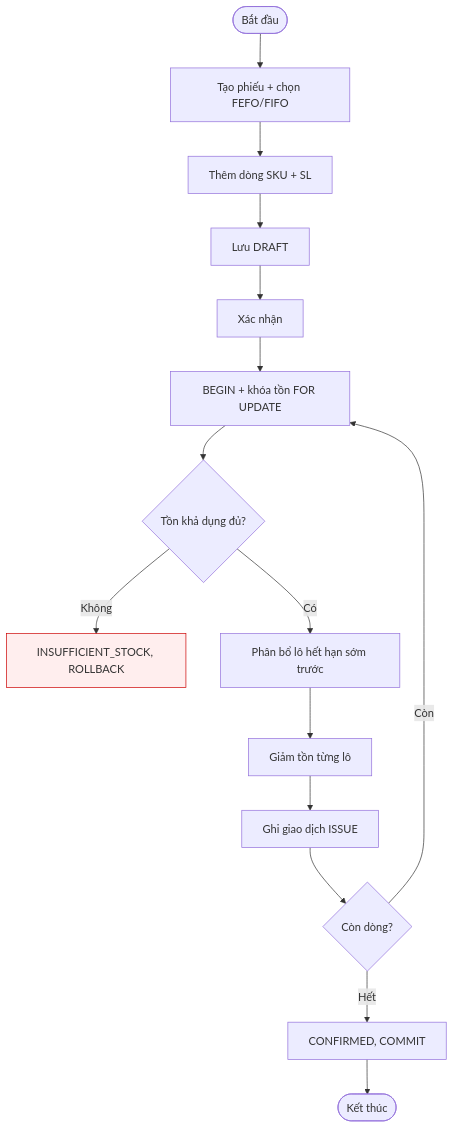
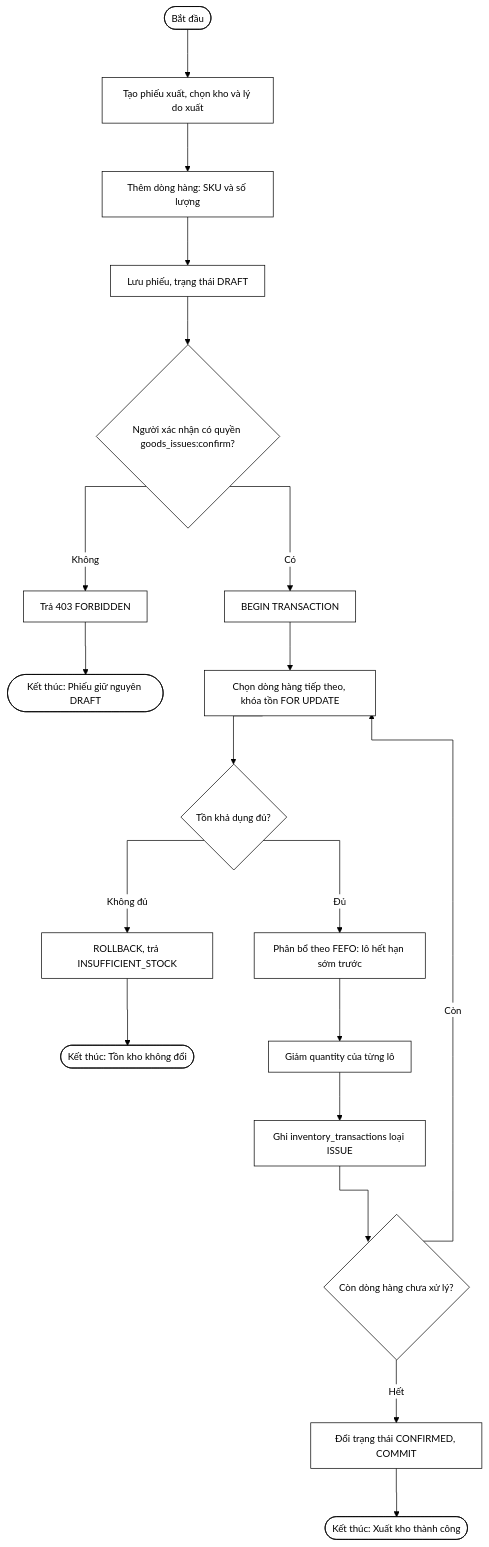
Before and after one commit to nguyenthihongnhu-dotcom/luanvan2026: the diagram in docs/diagrams/28_3-3-2_chuc-nang-xuat-kho-goods-issue_flow.mmd, drawn with Mermaid. The commit also changed 170 other files, not shown here.

```diff
--- a/docs/diagrams/28_3-3-2_chuc-nang-xuat-kho-goods-issue_flow.mmd
+++ b/docs/diagrams/28_3-3-2_chuc-nang-xuat-kho-goods-issue_flow.mmd
@@ -1,16 +1,42 @@
+%%{init: {
+  'theme': 'base',
+  'themeVariables': {
+    'primaryColor': '#ffffff',
+    'primaryBorderColor': '#000000',
+    'primaryTextColor': '#000000',
+    'secondaryColor': '#ffffff',
+    'secondaryBorderColor': '#000000',
+    'secondaryTextColor': '#000000',
+    'tertiaryColor': '#ffffff',
+    'tertiaryBorderColor': '#000000',
+    'tertiaryTextColor': '#000000',
+    'lineColor': '#000000',
+    'textColor': '#000000',
+    'mainBkg': '#ffffff',
+    'nodeBorder': '#000000',
+    'clusterBkg': '#ffffff',
+    'clusterBorder': '#000000',
+    'edgeLabelBackground': '#ffffff',
+    'fontSize': '14px'
+  },
+  'flowchart': { 'curve': 'stepAfter', 'nodeSpacing': 60, 'rankSpacing': 70, 'padding': 12, 'useMaxWidth': false }
+}}%%
 flowchart TD
-    A([Bắt đầu]) --> B[Tạo phiếu + chọn FEFO/FIFO]
-    B --> C[Thêm dòng SKU + SL]
-    C --> D[Lưu DRAFT]
-    D --> E[Xác nhận]
-    E --> F[BEGIN + khóa tồn FOR UPDATE]
-    F --> G{Tồn khả dụng đủ?}
-    G -- Không --> H[INSUFFICIENT_STOCK, ROLLBACK]:::err
-    G -- Có --> I[Phân bổ lô hết hạn sớm trước]
-    I --> J[Giảm tồn từng lô]
-    J --> K[Ghi giao dịch ISSUE]
-    K --> L{Còn dòng?}
-    L -- Còn --> F
-    L -- Hết --> M[CONFIRMED, COMMIT]
-    M --> N([Kết thúc])
-    classDef err fill:#fee,stroke:#c00;
+    Start(["Bắt đầu"]) --> B["Tạo phiếu xuất, chọn kho và lý do xuất"]
+    B --> C["Thêm dòng hàng: SKU và số lượng"]
+    C --> Dn["Lưu phiếu, trạng thái DRAFT"]
+    Dn --> E{"Người xác nhận có quyền goods_issues:confirm?"}
+    E -->|Không| E1["Trả 403 FORBIDDEN"]
+    E1 --> End1(["Kết thúc: Phiếu giữ nguyên DRAFT"])
+    E -->|Có| F["BEGIN TRANSACTION"]
+    F --> G["Chọn dòng hàng tiếp theo, khóa tồn FOR UPDATE"]
+    G --> H{"Tồn khả dụng đủ?"}
+    H -->|Không đủ| H1["ROLLBACK, trả INSUFFICIENT_STOCK"]
+    H1 --> End2(["Kết thúc: Tồn kho không đổi"])
+    H -->|Đủ| I["Phân bổ theo FEFO: lô hết hạn sớm trước"]
+    I --> J["Giảm quantity của từng lô"]
+    J --> K["Ghi inventory_transactions loại ISSUE"]
+    K --> L{"Còn dòng hàng chưa xử lý?"}
+    L -->|Còn| G
+    L -->|Hết| Mn["Đổi trạng thái CONFIRMED, COMMIT"]
+    Mn --> End3(["Kết thúc: Xuất kho thành công"])
```
